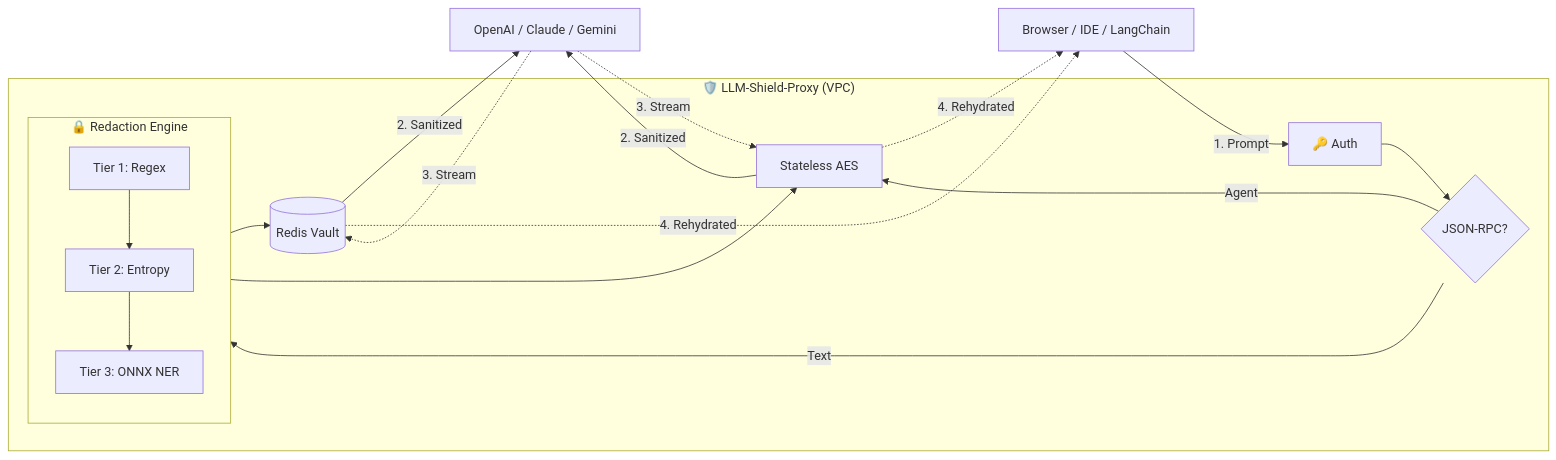
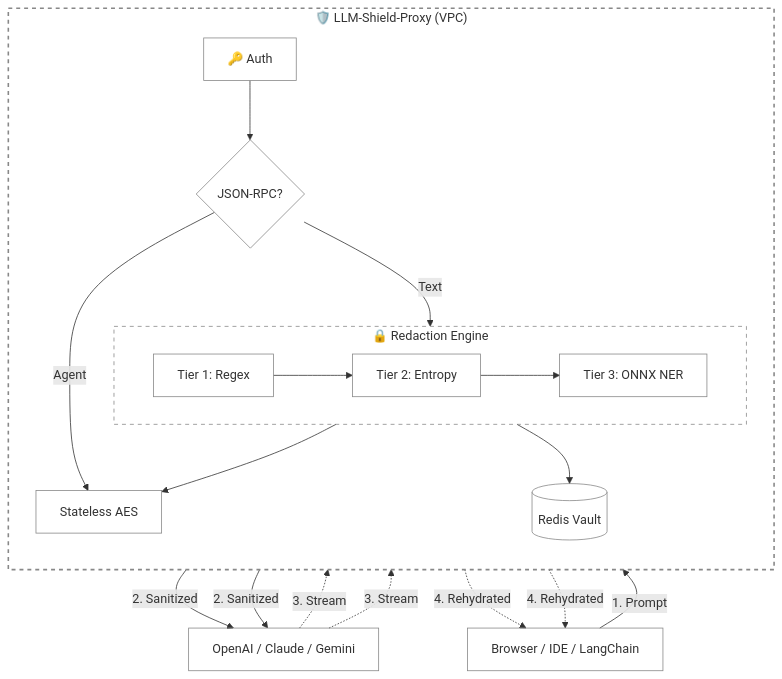
The second of 2 diagrams in README.md (ninadphalak/LLM-Shield-Proxy), drawn with Mermaid before and after one commit. The commit also changed other lines of this file and 1 other file, not shown here.

Commit message:
docs: force diagram backgrounds transparent and restore TD layouts

````diff
--- a/README.md
+++ b/README.md
@@ -220,38 +225,43 @@
 ```mermaid
-flowchart LR
+flowchart TD
+    classDef default fill:transparent,stroke:#888,stroke-width:1px
+
     Client["Browser / IDE / LangChain"]
-    LLM["OpenAI / Claude / Gemini"]
     
     subgraph Proxy ["🛡️ LLM-Shield-Proxy (VPC)"]
+        direction TD
+        
         Auth["🔑 Auth"]
         Router{"JSON-RPC?"}
         
         subgraph Engine ["🔒 Redaction Engine"]
-            direction TB
-            T1["Tier 1: Regex"]
-            T2["Tier 2: Entropy"]
-            T3["Tier 3: ONNX NER"]
-            T1 --> T2 --> T3
+            direction LR
+            T1["Tier 1: Regex"] --> T2["Tier 2: Entropy"] --> T3["Tier 3: ONNX NER"]
         end
         
         Redis[("Redis Vault")]
         AES["Stateless AES"]
+        
+        Auth --> Router
+        Router -->|Text| Engine
+        Router -->|Agent| AES
+        
+        Engine --> Redis
+        Engine --> AES
     end
     
+    LLM["OpenAI / Claude / Gemini"]
+    
+    style Proxy fill:transparent,stroke:#888,stroke-width:2px,stroke-dasharray: 5 5
+    style Engine fill:transparent,stroke:#888,stroke-width:1px,stroke-dasharray: 5 5
+
     Client -->|1. Prompt| Auth
-    Auth --> Router
-    Router -->|Text| Engine
-    Router -->|Agent| AES
-    
-    Engine --> Redis
-    Engine --> AES
-    
     Redis -->|2. Sanitized| LLM
     AES -->|2. Sanitized| LLM
     
     LLM -.->|3. Stream| Redis
     LLM -.->|3. Stream| AES
     
     Redis -.->|4. Rehydrated| Client
     AES -.->|4. Rehydrated| Client
 ```
````
